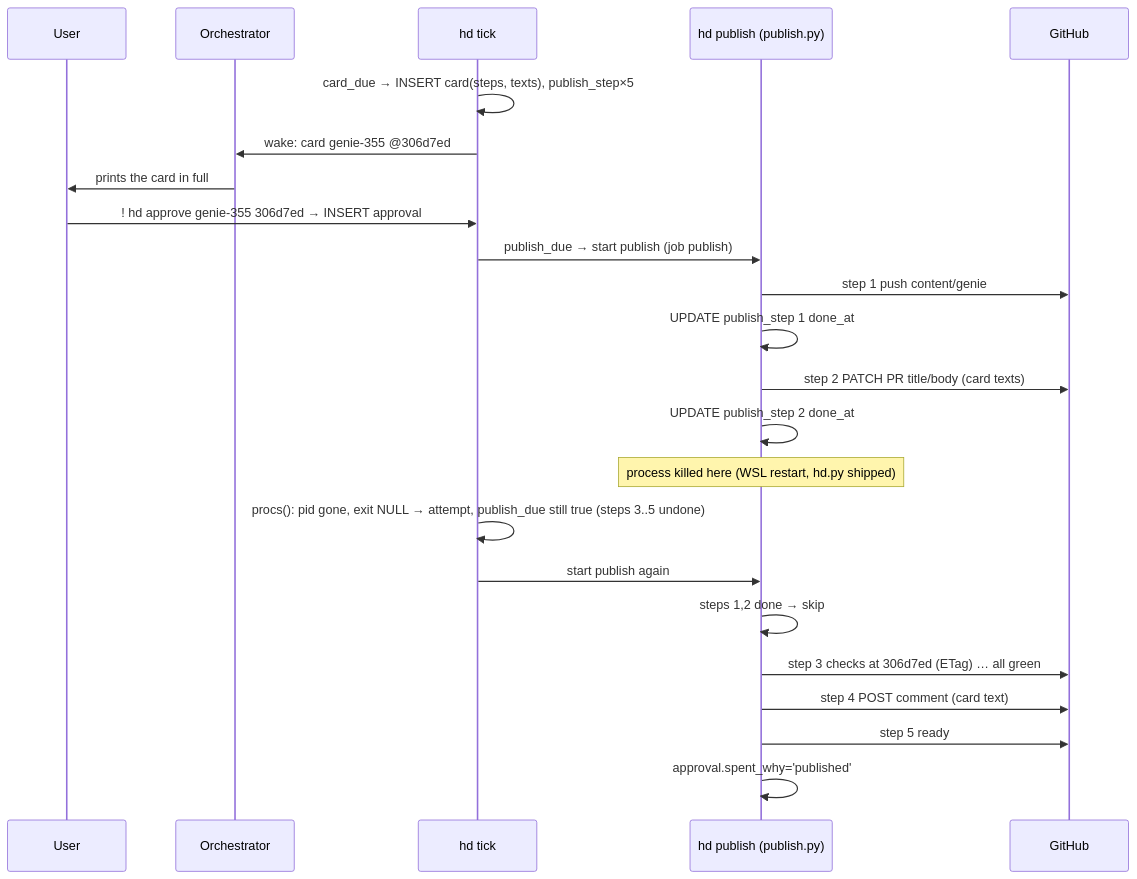
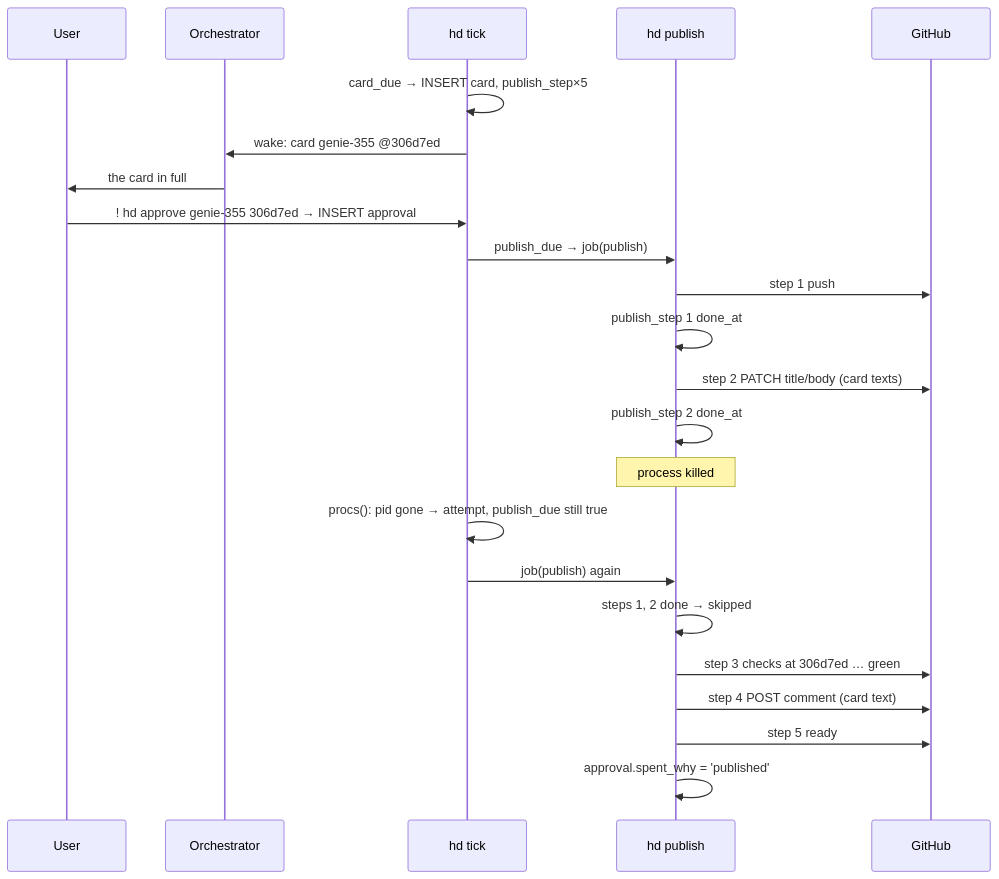
The fourth of 7 diagrams in docs/ARCHITECTURE.md (AlexPerrin/RuneHarness), drawn with Mermaid before and after one commit. The commit also changed other lines of this file and 16 other files, not shown here.

First line of the commit message:
v9: reduce and reconcile — ARCHITECTURE rewritten without history (830 → 645 lines), one vocabulary and one command list across docs, code skeletons, roles, README and CLAUDE.md

````diff
--- a/docs/ARCHITECTURE.md
+++ b/docs/ARCHITECTURE.md
@@ -421,25 +387,25 @@
 ```mermaid
 sequenceDiagram
   participant U as User
   participant O as Orchestrator
   participant P as hd tick
-  participant C as hd publish (publish.py)
+  participant C as hd publish
   participant GH as GitHub
-  P->>P: card_due → INSERT card(steps, texts), publish_step×5
+  P->>P: card_due → INSERT card, publish_step×5
   P->>O: wake: card genie-355 @306d7ed
-  O->>U: prints the card in full
+  O->>U: the card in full
   U->>P: ! hd approve genie-355 306d7ed → INSERT approval
-  P->>C: publish_due → start publish (job publish)
-  C->>GH: step 1 push content/genie
-  C->>C: UPDATE publish_step 1 done_at
-  C->>GH: step 2 PATCH PR title/body (card texts)
-  C->>C: UPDATE publish_step 2 done_at
-  Note over C: process killed here (WSL restart, hd.py shipped)
-  P->>P: procs(): pid gone, exit NULL → attempt, publish_due still true (steps 3..5 undone)
-  P->>C: start publish again
-  C->>C: steps 1,2 done → skip
-  C->>GH: step 3 checks at 306d7ed (ETag) … all green
+  P->>C: publish_due → job(publish)
+  C->>GH: step 1 push
+  C->>C: publish_step 1 done_at
+  C->>GH: step 2 PATCH title/body (card texts)
+  C->>C: publish_step 2 done_at
+  Note over C: process killed
+  P->>P: procs(): pid gone → attempt, publish_due still true
+  P->>C: job(publish) again
+  C->>C: steps 1, 2 done → skipped
+  C->>GH: step 3 checks at 306d7ed … green
   C->>GH: step 4 POST comment (card text)
   C->>GH: step 5 ready
-  C->>C: approval.spent_why='published'
+  C->>C: approval.spent_why = 'published'
 ```
````
